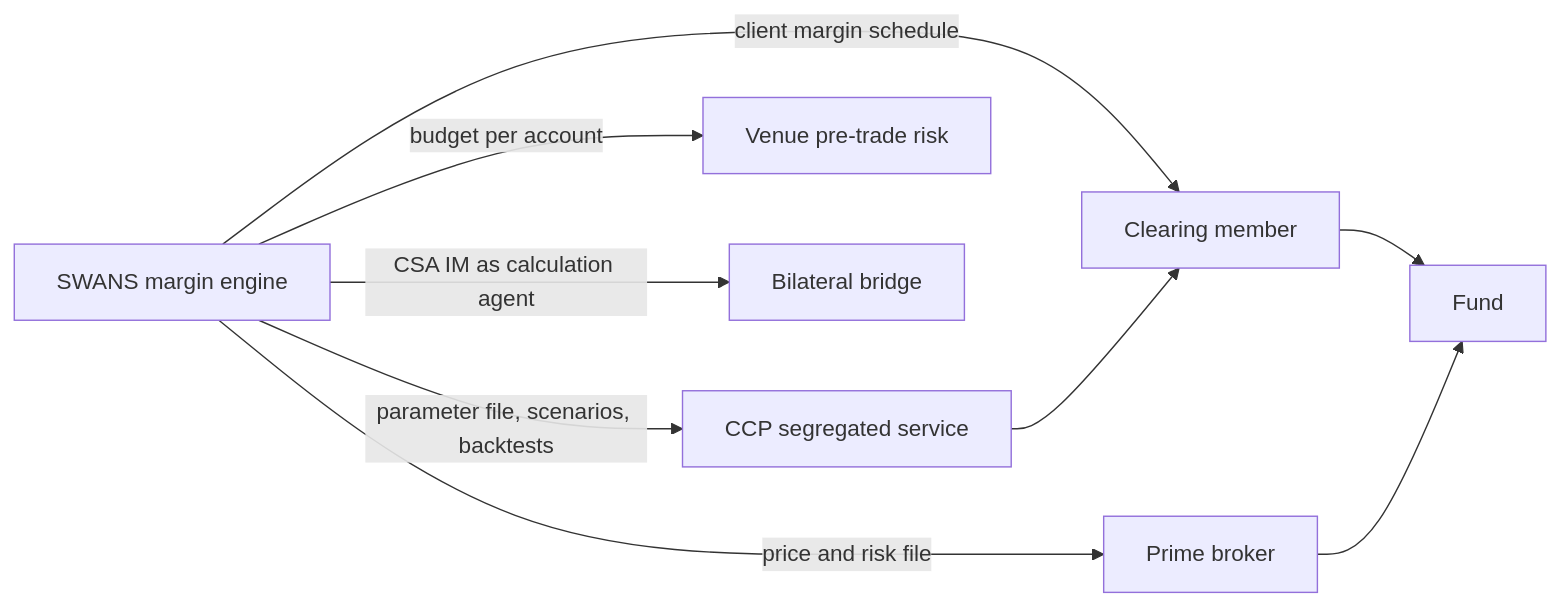
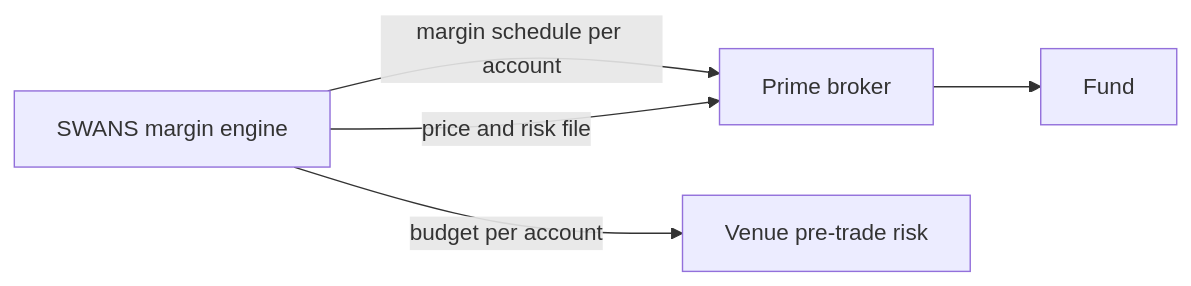
Before and after one commit to LevonDerma1221/swans-docs: the diagram in docs/clients/margin.md, drawn with Mermaid. The commit also changed other lines of this file and 34 other files, not shown here.

First line of the commit message:
Bilateral/PB launch model: replace CCP with prime broker throughout

````diff
--- a/docs/clients/margin.md
+++ b/docs/clients/margin.md
@@ -16,10 +15,7 @@
 ```mermaid
 flowchart LR
-  E[SWANS margin engine] -->|parameter file, scenarios, backtests| CCP[CCP segregated service]
-  E -->|client margin schedule| GCM[Clearing member]
+  E[SWANS margin engine] -->|margin schedule per account| PB[Prime broker]
   E -->|budget per account| PT[Venue pre-trade risk]
-  E -->|price and risk file| PB[Prime broker]
-  E -->|CSA IM as calculation agent| BI[Bilateral bridge]
-  CCP --> GCM --> F[Fund]
-  PB --> F
+  E -->|price and risk file| PB
+  PB --> F[Fund]
 ```
````
